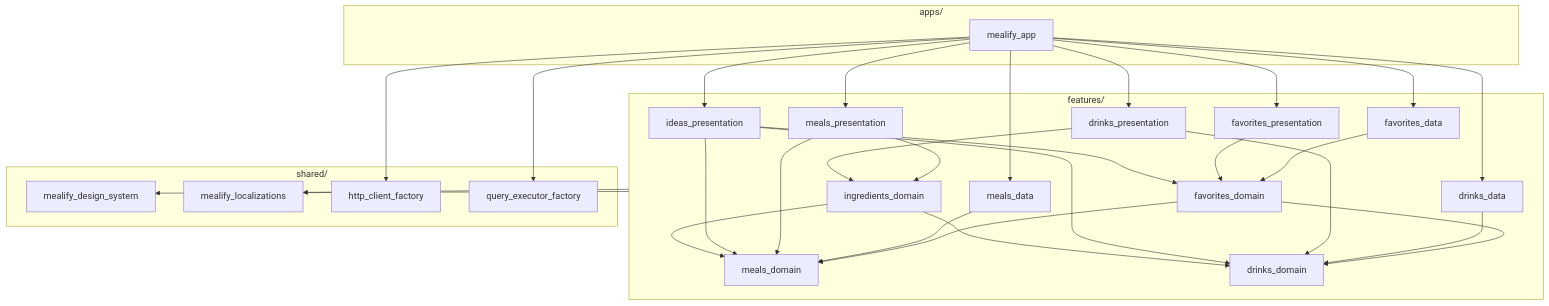
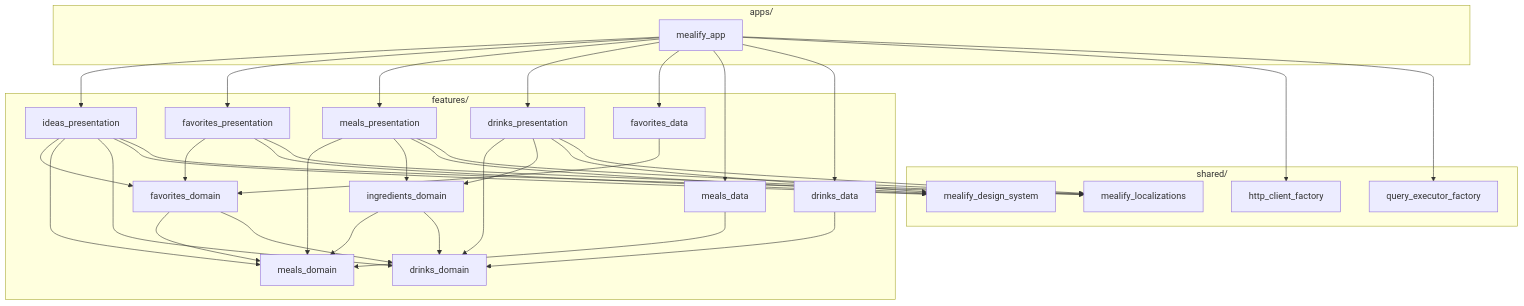
One commit to VGVentures/mealify_feature_first changed the diagram in README.md. Above: the diagram before and after it, drawn with Mermaid. The commit also changed other lines of this file and 14 other files, not shown here.

````diff
--- a/README.md
+++ b/README.md
@@ -82,47 +82,47 @@
 ```mermaid
 flowchart TB
   subgraph app["apps/"]
     mealify_app["mealify_app"]
   end
 
   subgraph feat["features/"]
     ideas_p["ideas_presentation"]
     fav_p["favorites_presentation"]
     fav_dom["favorites_domain"]
     fav_data["favorites_data"]
     meals_p["meals_presentation"]
     meals_dom["meals_domain"]
     meals_data["meals_data"]
     drinks_p["drinks_presentation"]
     drinks_dom["drinks_domain"]
     drinks_data["drinks_data"]
     ing_dom["ingredients_domain"]
   end
 
   subgraph sh["shared/"]
     ds["mealify_design_system"]
     l10n["mealify_localizations"]
     http["http_client_factory"]
     qef["query_executor_factory"]
   end
 
   mealify_app --> ideas_p & fav_p & meals_p & drinks_p
   mealify_app --> fav_data & meals_data & drinks_data
   mealify_app --> http & qef
 
   fav_data --> fav_dom
   fav_p --> fav_dom
   fav_dom --> meals_dom & drinks_dom
 
   meals_data --> meals_dom
   meals_p --> meals_dom
   drinks_data --> drinks_dom
   drinks_p --> drinks_dom
 
   ideas_p --> fav_dom & meals_dom & drinks_dom
   meals_p --> ing_dom
   drinks_p --> ing_dom
   ing_dom --> meals_dom & drinks_dom
 
-  feat --> ds & l10n
+  ideas_p & fav_p & meals_p & drinks_p --> ds & l10n
 ```
````
